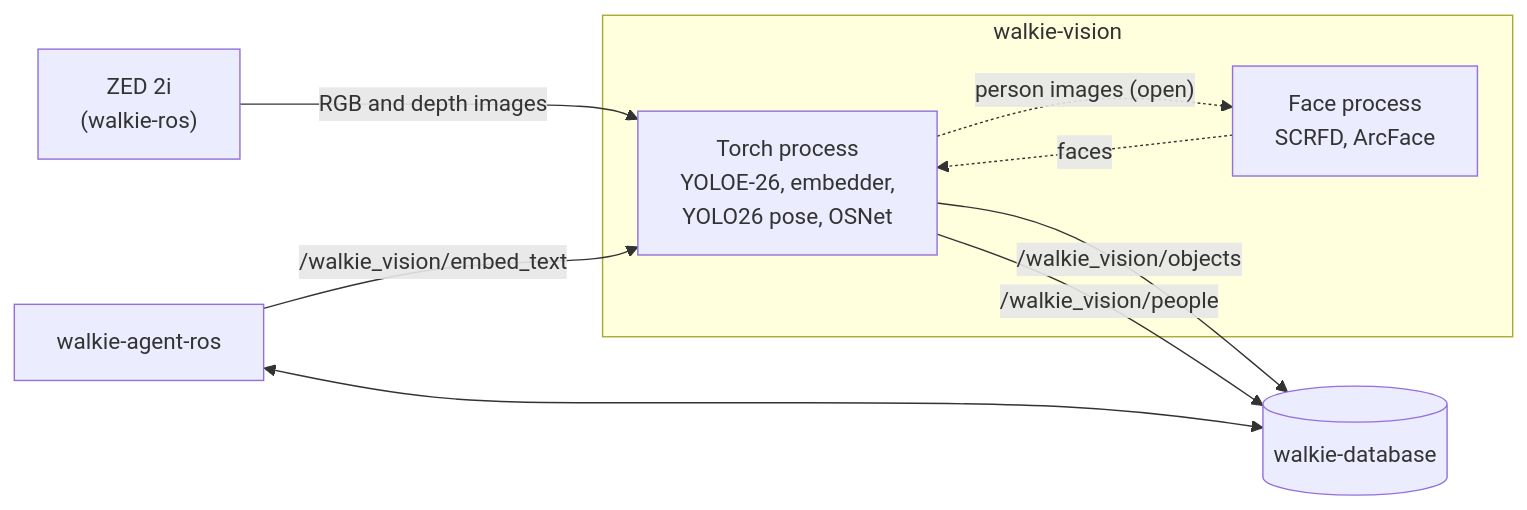
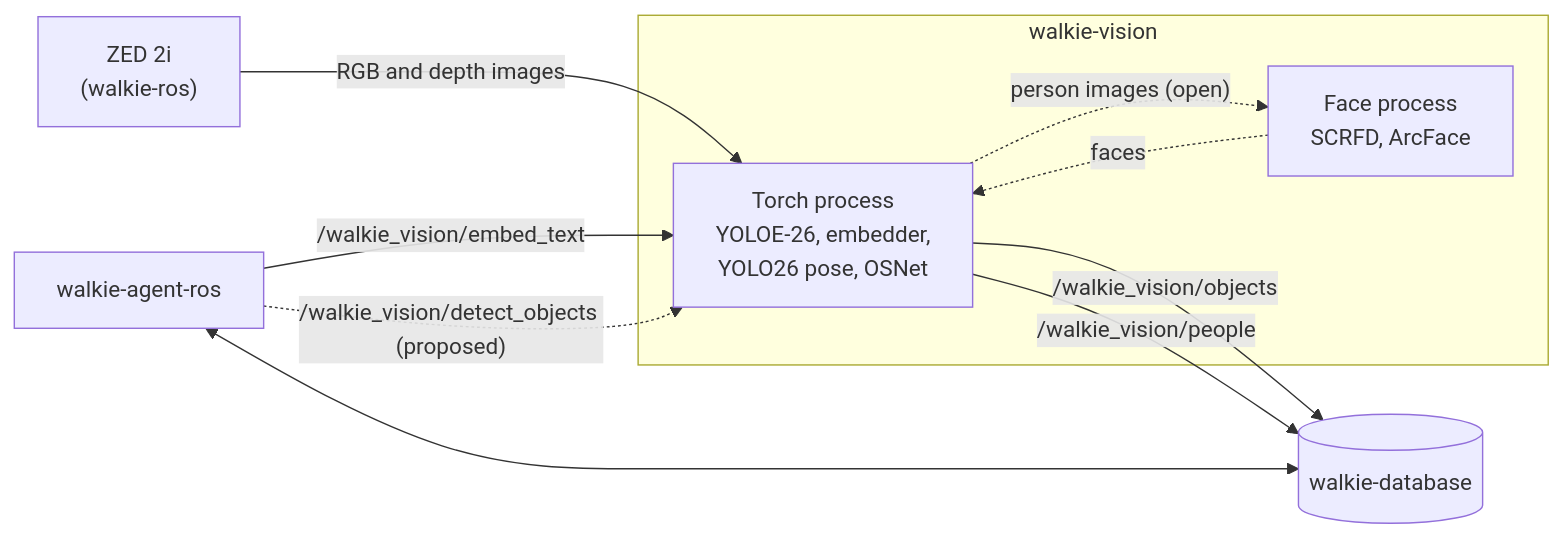
One commit to EIC-Robocup-2026/walkie-vision changed the first of 2 diagrams in docs/architecture/vision.md. Above: the diagram before and after it, drawn with Mermaid. The commit also changed other lines of this file and 1 other file, not shown here.

First line of the commit message:
docs: propose an on-demand DetectObjects service

````diff
--- a/docs/architecture/vision.md
+++ b/docs/architecture/vision.md
@@ -34,18 +39,19 @@
 ```mermaid
 flowchart LR
   zed["ZED 2i<br/>(walkie-ros)"]
   subgraph vision["walkie-vision"]
     torch["Torch process<br/>YOLOE-26, embedder,<br/>YOLO26 pose, OSNet"]
     face["Face process<br/>SCRFD, ArcFace"]
   end
   db[("walkie-database")]
   agent["walkie-agent-ros"]
 
   zed -- "RGB and depth images" --> torch
   torch -. "person images (open)" .-> face
   face -. "faces" .-> torch
   torch -- "/walkie_vision/objects" --> db
   torch -- "/walkie_vision/people" --> db
   agent -- "/walkie_vision/embed_text" --> torch
+  agent -. "/walkie_vision/detect_objects (proposed)" .-> torch
   agent <--> db
 ```
````
